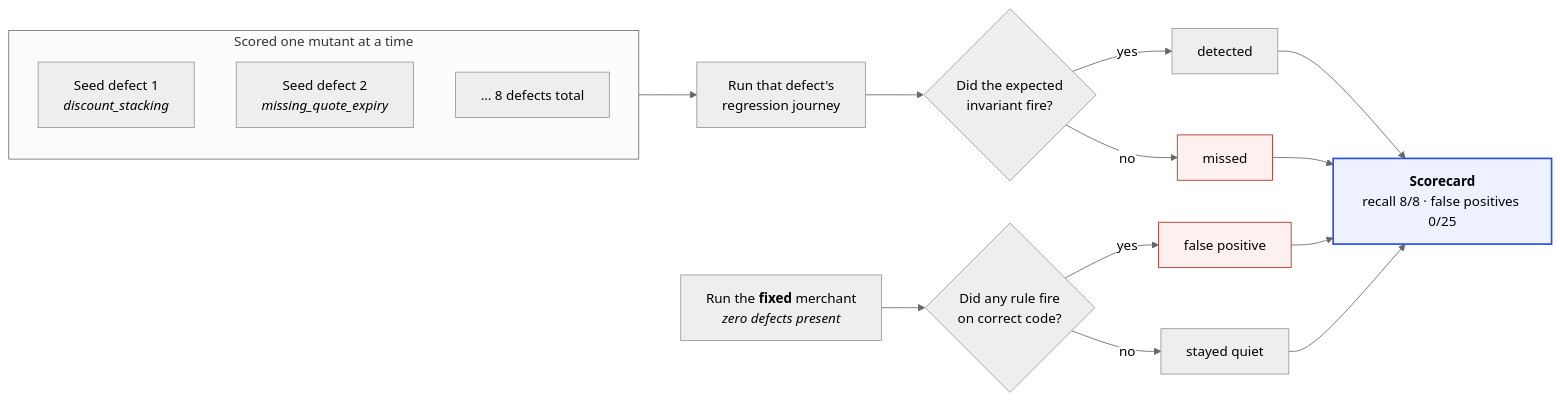
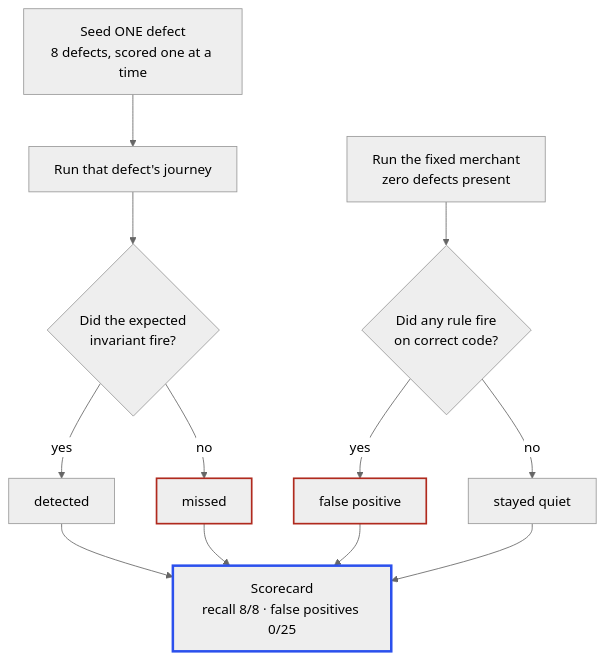
Before and after one commit to adthya-anil/AgentProof: the fifth of 5 diagrams in README.md, drawn with Mermaid (neutral theme). The commit also changed other lines of this file, not shown here.

Commit message:
Make the README diagrams legible in a narrow column and in dark mode

````diff
--- a/README.md
+++ b/README.md
@@ -1388,31 +1378,24 @@
 ```mermaid
-flowchart LR
-    subgraph iso["Scored one mutant at a time"]
-        direction TB
-        D1["Seed defect 1<br/><i>discount_stacking</i>"]
-        D2["Seed defect 2<br/><i>missing_quote_expiry</i>"]
-        DN["… 8 defects total"]
-    end
+flowchart TB
+    SEED["Seed ONE defect<br/>8 defects, scored one at a time"]
+    SEED --> RUN["Run that defect's journey"]
+    RUN --> CHK{"Did the expected<br/>invariant fire?"}
+    CHK -->|"yes"| HIT["detected"]
+    CHK -->|"no"| MISS["missed"]
 
-    RUN["Run that defect's<br/>regression journey"]
-    CHK{"Did the expected<br/>invariant fire?"}
+    CLEAN["Run the fixed merchant<br/>zero defects present"]
+    CLEAN --> FLAG{"Did any rule fire<br/>on correct code?"}
+    FLAG -->|"yes"| FP["false positive"]
+    FLAG -->|"no"| QUIET["stayed quiet"]
 
-    iso --> RUN --> CHK
-    CHK -->|yes| HIT["detected"]
-    CHK -->|no| MISS["missed"]
-
-    CLEAN["Run the <b>fixed</b> merchant<br/><i>zero defects present</i>"]
-    FLAG{"Did any rule fire<br/>on correct code?"}
-    CLEAN --> FLAG
-    FLAG -->|yes| FP["false positive"]
-    FLAG -->|no| OK["stayed quiet"]
-
-    HIT --> CARD["<b>Scorecard</b><br/>recall 8/8 · false positives 0/25"]
+    HIT --> CARD["Scorecard<br/>recall 8/8 · false positives 0/25"]
     MISS --> CARD
     FP --> CARD
-    OK --> CARD
+    QUIET --> CARD
 
-    style CARD fill:#eef1ff,stroke:#2b50ed,stroke-width:2px
-    style MISS fill:#fdf1f0,stroke:#b02a1e
-    style FP fill:#fdf1f0,stroke:#b02a1e
+    classDef guard stroke:#2b50ed,stroke-width:3px
+    classDef bad stroke:#b02a1e,stroke-width:2px
+    class CARD guard
+    class MISS bad
+    class FP bad
 ```
````
